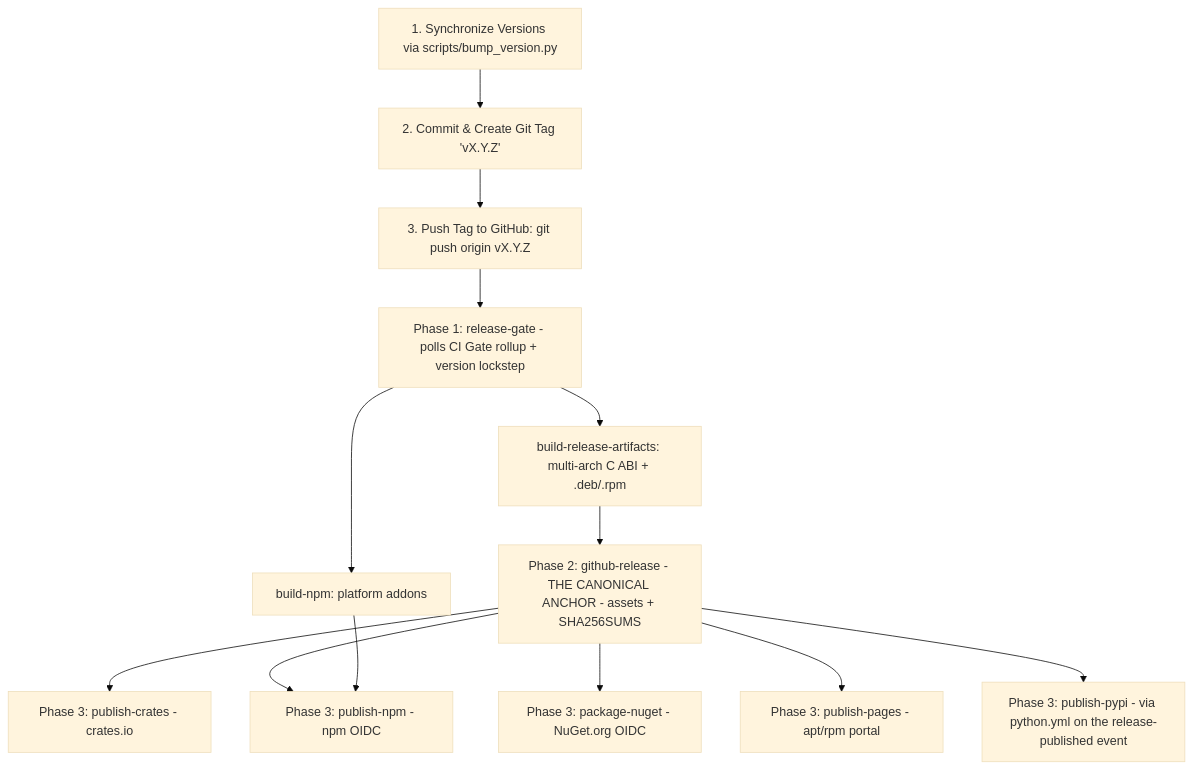
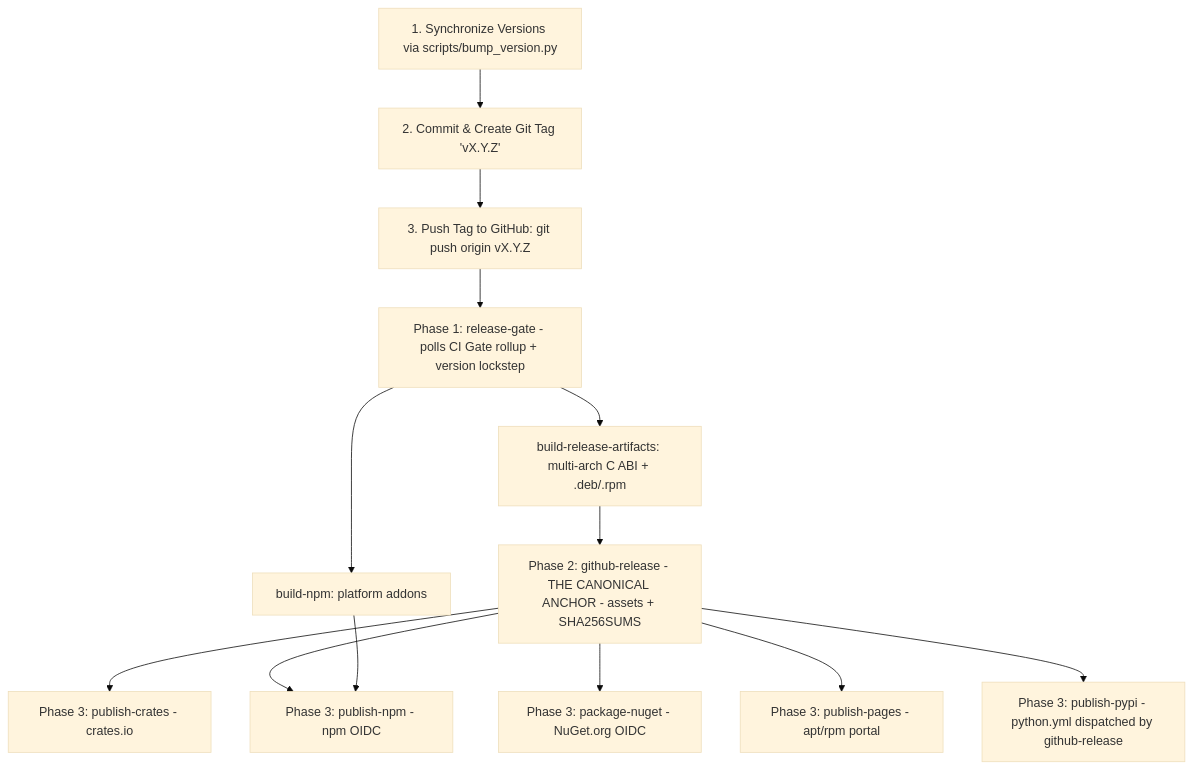
One commit to orieg/expanse changed the diagram in docs/PACKAGING.md. Above: the diagram before and after it, drawn with Mermaid (base theme). The commit also changed other lines of this file and 2 other files, not shown here.

Commit message:
fix(release): dispatch python.yml for PyPI (GITHUB_TOKEN releases emit no event); NuGet no-credential is a hard failure
v0.4.1 shipped every channel except PyPI: the github-release job creates
the release with GITHUB_TOKEN, and GitHub suppresses workflow triggers for
token-caused events (except workflow_dispatch/repository_dispatch), so
python.yml's 'release: published' trigger (#316) can never fire from the
pipeline — no release-event run existed at all.

- github-release now explicitly dispatches python.yml
  ('gh workflow run python.yml --ref main -f publish=true
  -f release_tag=<tag>'; job gains actions: write). python.yml gains the
  publish/release_tag dispatch inputs, checks out release_tag when given,
  and its publish job runs for the release event OR a publish dispatch.
  The release: trigger stays for manually-published releases.
- NuGet: the 'no credential -> skipping, exit 0' path becomes an ::error
  exit 1 — a green job that published nothing is the #313 failure class.
  (v0.4.1's NuGet push itself succeeded; this is hardening.)
- docs/PACKAGING.md: single-anchor policy and DAG diagram updated to the
  dispatch model.

Refs #313.

````diff
--- a/docs/PACKAGING.md
+++ b/docs/PACKAGING.md
@@ -16,17 +16,17 @@
 ```mermaid
 graph TD
     A[1. Synchronize Versions via scripts/bump_version.py] --> C[2. Commit & Create Git Tag 'vX.Y.Z']
     C --> D[3. Push Tag to GitHub: git push origin vX.Y.Z]
     D --> E[Phase 1: release-gate - polls CI Gate rollup + version lockstep]
 
     E --> F[build-release-artifacts: multi-arch C ABI + .deb/.rpm]
     E --> G[build-npm: platform addons]
     F --> H[Phase 2: github-release - THE CANONICAL ANCHOR - assets + SHA256SUMS]
 
     H --> I[Phase 3: publish-crates - crates.io]
     H --> J[Phase 3: publish-npm - npm OIDC]
     H --> K[Phase 3: package-nuget - NuGet.org OIDC]
     H --> L[Phase 3: publish-pages - apt/rpm portal]
-    H --> M[Phase 3: publish-pypi - via python.yml on the release-published event]
+    H --> M[Phase 3: publish-pypi - python.yml dispatched by github-release]
     G --> J
 ```
````
